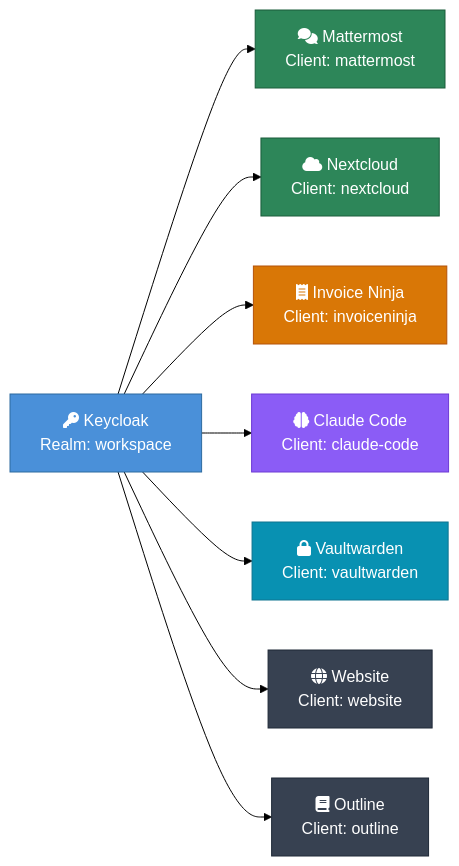
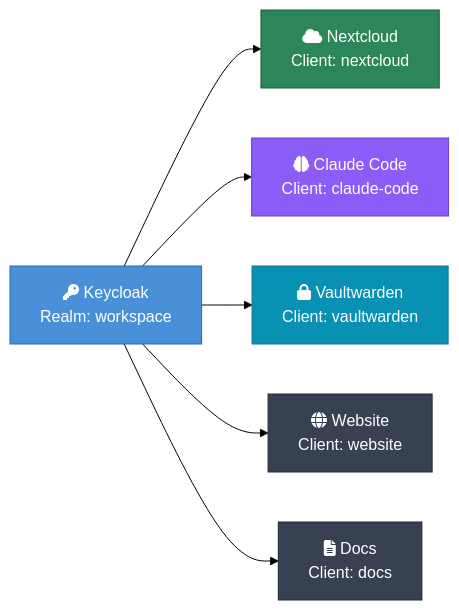
The first of 2 diagrams in docs/keycloak.md (Paddione/Bachelorprojekt), drawn with Mermaid (forest theme) before and after one commit. The commit also changed other lines of this file and 11 other files, not shown here.

First line of the commit message:
docs: overhaul documentation to reflect current architecture

````diff
--- a/docs/keycloak.md
+++ b/docs/keycloak.md
@@ -26,28 +26,24 @@
 ```mermaid
 graph LR
     KC["fa:fa-key Keycloak<br/>Realm: workspace"]
 
-    MM["fa:fa-comments Mattermost<br/>Client: mattermost"]
     NC["fa:fa-cloud Nextcloud<br/>Client: nextcloud"]
-    IN["fa:fa-receipt Invoice Ninja<br/>Client: invoiceninja"]
     OC["fa:fa-brain Claude Code<br/>Client: claude-code"]
     VW["fa:fa-lock Vaultwarden<br/>Client: vaultwarden"]
     WEB["fa:fa-globe Website<br/>Client: website"]
-    OL["fa:fa-book Outline<br/>Client: outline"]
+    DOCS["fa:fa-file-lines Docs<br/>Client: docs"]
 
-    KC --> MM & NC & IN & OC & VW & WEB & OL
+    KC --> NC & OC & VW & WEB & DOCS
 
     classDef kc fill:#4a90d9,color:#fff,stroke:#2d6a9f
     classDef collab fill:#2d8659,color:#fff,stroke:#1a5c3a
     classDef ai fill:#8b5cf6,color:#fff,stroke:#6d3ad4
-    classDef billing fill:#d97706,color:#fff,stroke:#b45309
     classDef tools fill:#0891b2,color:#fff,stroke:#0e7490
     classDef infra fill:#374151,color:#fff,stroke:#1f2937
 
     class KC kc
-    class MM,NC collab
-    class IN billing
+    class NC collab
     class OC ai
     class VW tools
-    class WEB,OL infra
+    class WEB,DOCS infra
 ```
````
